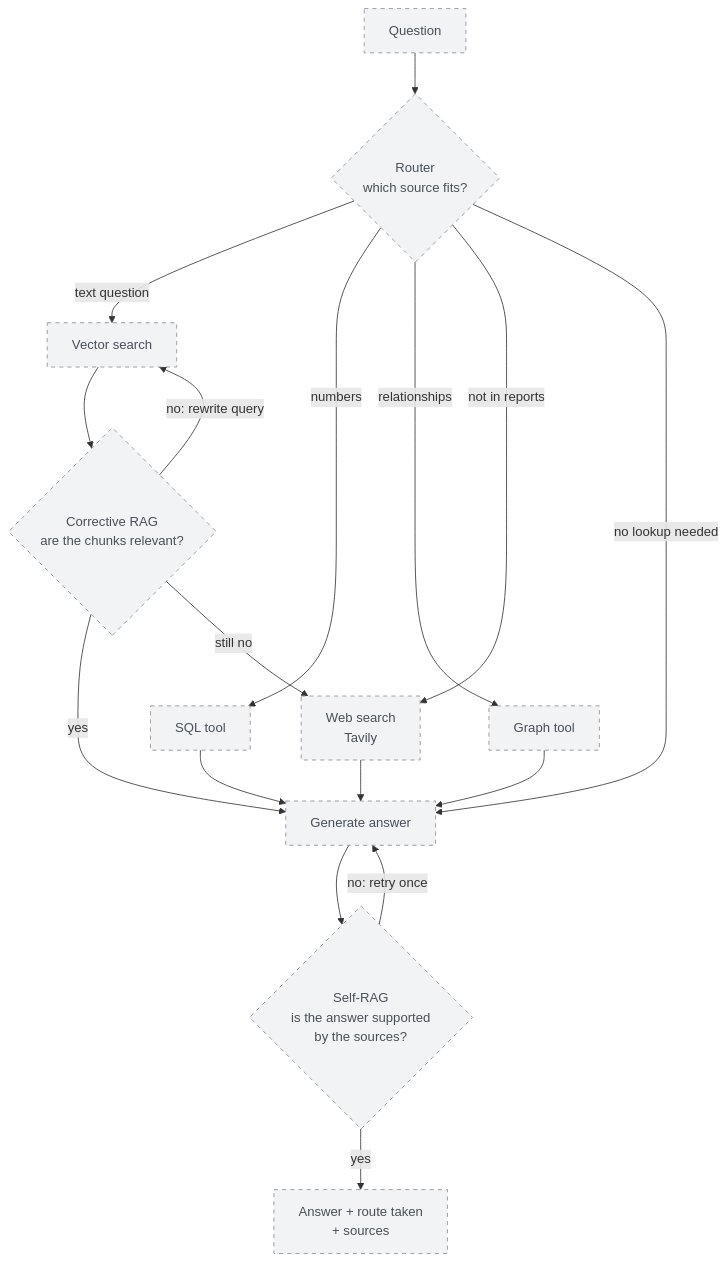
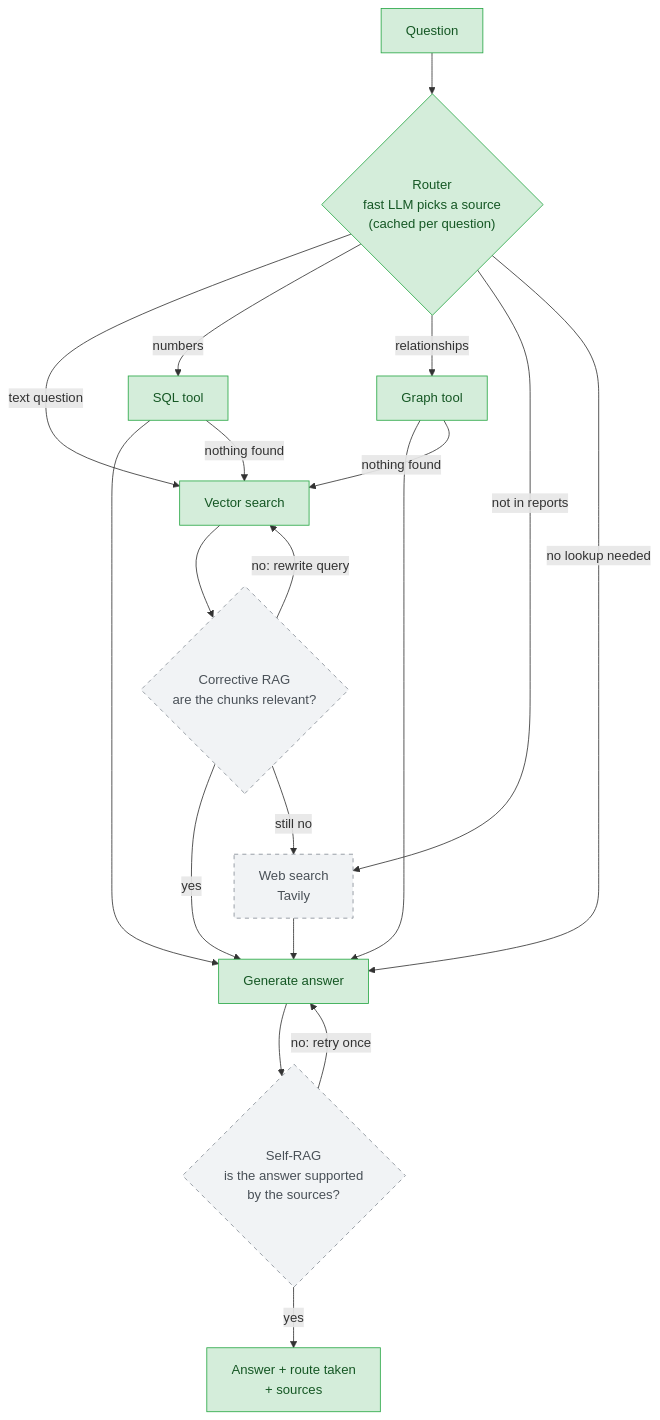
Before and after one commit to madeleine68/Reportlens: the fifth of 6 diagrams in README.md, drawn with Mermaid. The commit also changed other lines of this file and 13 other files, not shown here.

````diff
--- a/README.md
+++ b/README.md
@@ -282,22 +282,26 @@
 ```mermaid
 flowchart TD
-    q["Question"] --> router{"Router<br/>which source fits?"}
+    q["Question"] --> router{"Router<br/>fast LLM picks a source<br/>(cached per question)"}
     router -->|"text question"| vec["Vector search"]
     router -->|"numbers"| sql["SQL tool"]
     router -->|"relationships"| kg["Graph tool"]
     router -->|"not in reports"| web["Web search<br/>Tavily"]
     router -->|"no lookup needed"| gen
     vec --> grade{"Corrective RAG<br/>are the chunks relevant?"}
     grade -->|"yes"| gen["Generate answer"]
     grade -->|"no: rewrite query"| vec
     grade -->|"still no"| web
     sql --> gen
     kg --> gen
+    sql -->|"nothing found"| vec
+    kg -->|"nothing found"| vec
     web --> gen
     gen --> check{"Self-RAG<br/>is the answer supported<br/>by the sources?"}
     check -->|"yes"| out["Answer + route taken<br/>+ sources"]
     check -->|"no: retry once"| gen
 
     classDef planned fill:#f1f3f5,stroke:#868e96,color:#495057,stroke-dasharray: 5 5
-    class q,router,vec,sql,kg,web,grade,gen,check,out planned
+    classDef done fill:#d4edda,stroke:#28a745,color:#155724
+    class q,router,vec,sql,kg,gen,out done
+    class web,grade,check planned
 ```
````
